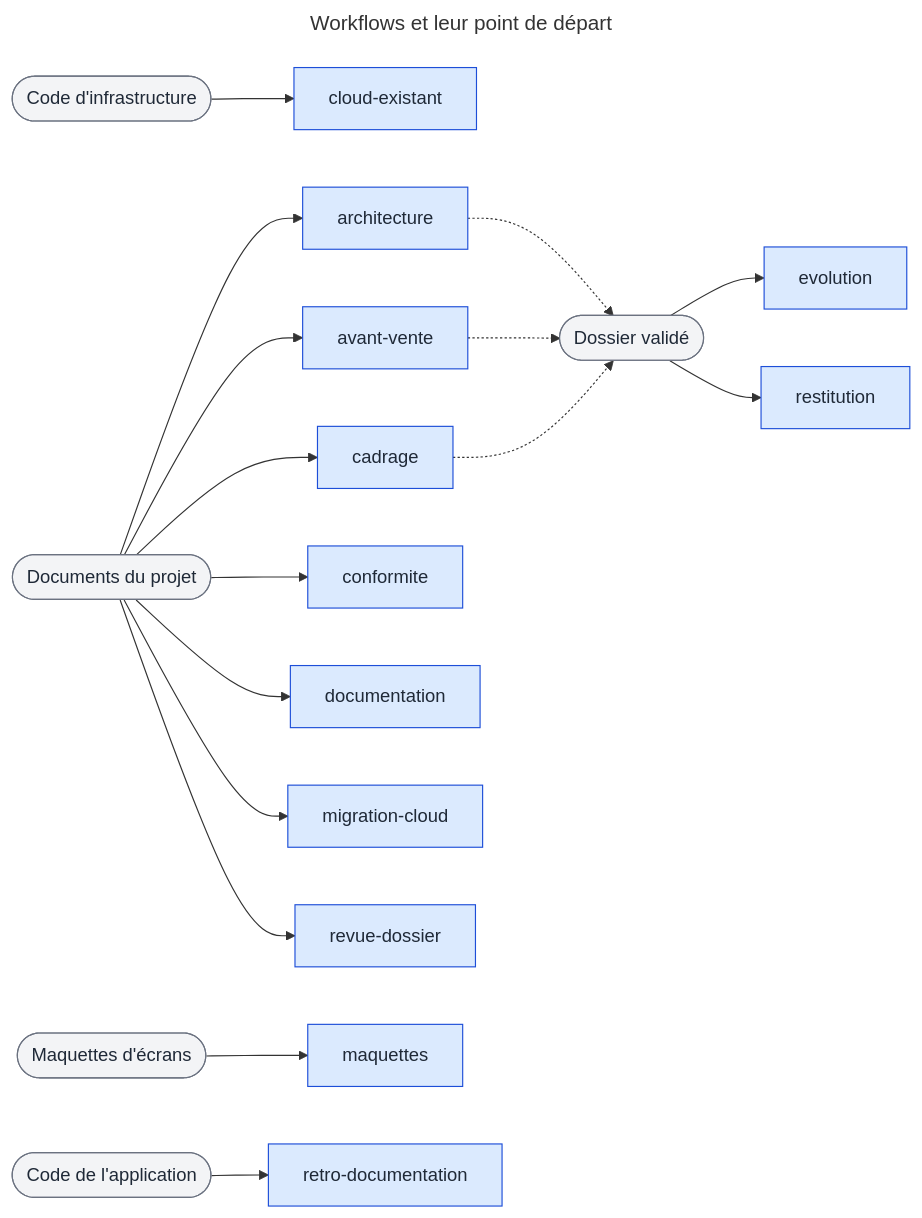
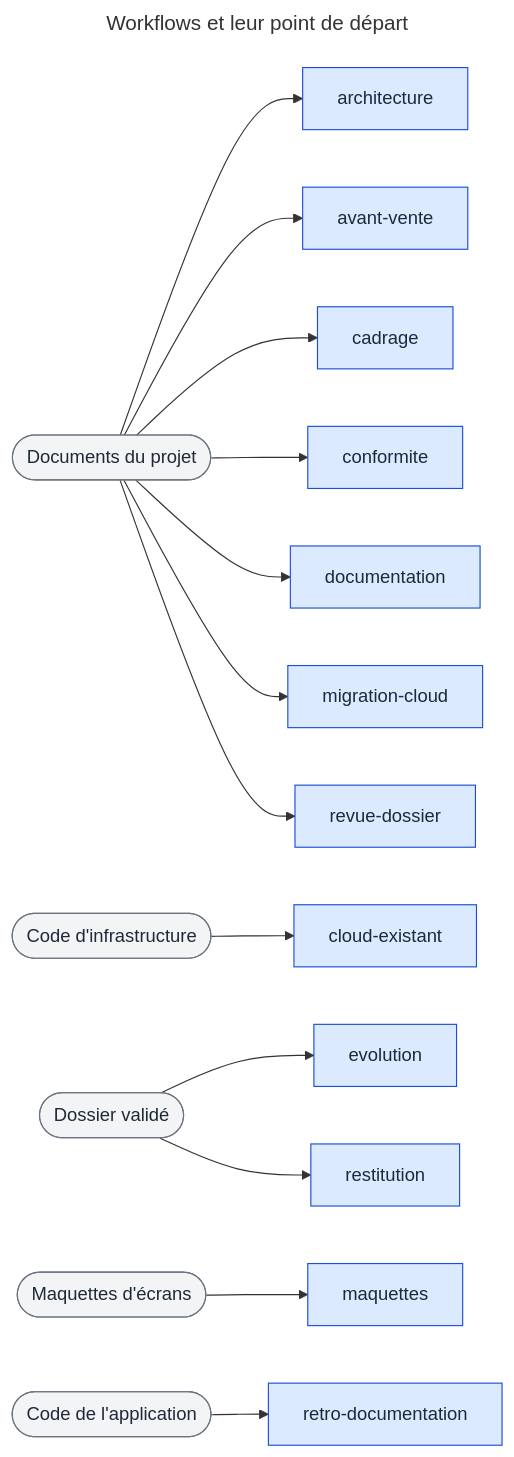
The diagram in docs/workflows/README.md (RenaudVanhille/myskills), drawn with Mermaid before and after one commit. The commit also changed 92 other files, not shown here.

````diff
--- a/docs/workflows/README.md
+++ b/docs/workflows/README.md
@@ -9,42 +9,39 @@
 ```mermaid
 ---
 title: Workflows et leur point de départ
 ---
 flowchart LR
   d0(["Documents du projet"])
   d1(["Code d'infrastructure"])
   d2(["Dossier validé"])
   d3(["Maquettes d'écrans"])
   d4(["Code de l'application"])
   w_architecture["architecture"]
   w_avant_vente["avant-vente"]
   w_cadrage["cadrage"]
   w_cloud_existant["cloud-existant"]
   w_conformite["conformite"]
   w_documentation["documentation"]
   w_evolution["evolution"]
   w_maquettes["maquettes"]
   w_migration_cloud["migration-cloud"]
   w_restitution["restitution"]
   w_retro_documentation["retro-documentation"]
   w_revue_dossier["revue-dossier"]
   d0 --> w_architecture
   d0 --> w_avant_vente
   d0 --> w_cadrage
   d0 --> w_conformite
   d0 --> w_documentation
   d0 --> w_migration_cloud
   d0 --> w_revue_dossier
   d1 --> w_cloud_existant
   d2 --> w_evolution
   d2 --> w_restitution
   d3 --> w_maquettes
   d4 --> w_retro_documentation
-  w_architecture -.-> d2
-  w_avant_vente -.-> d2
-  w_cadrage -.-> d2
   classDef moteur fill:#dbeafe,stroke:#1d4ed8,color:#1f2937
   classDef depart fill:#f3f4f6,stroke:#6b7280,color:#1f2937
   class w_architecture,w_avant_vente,w_cadrage,w_cloud_existant,w_conformite,w_documentation,w_evolution,w_maquettes,w_migration_cloud,w_restitution,w_retro_documentation,w_revue_dossier moteur
   class d0,d1,d2,d3,d4 depart
 ```
````
